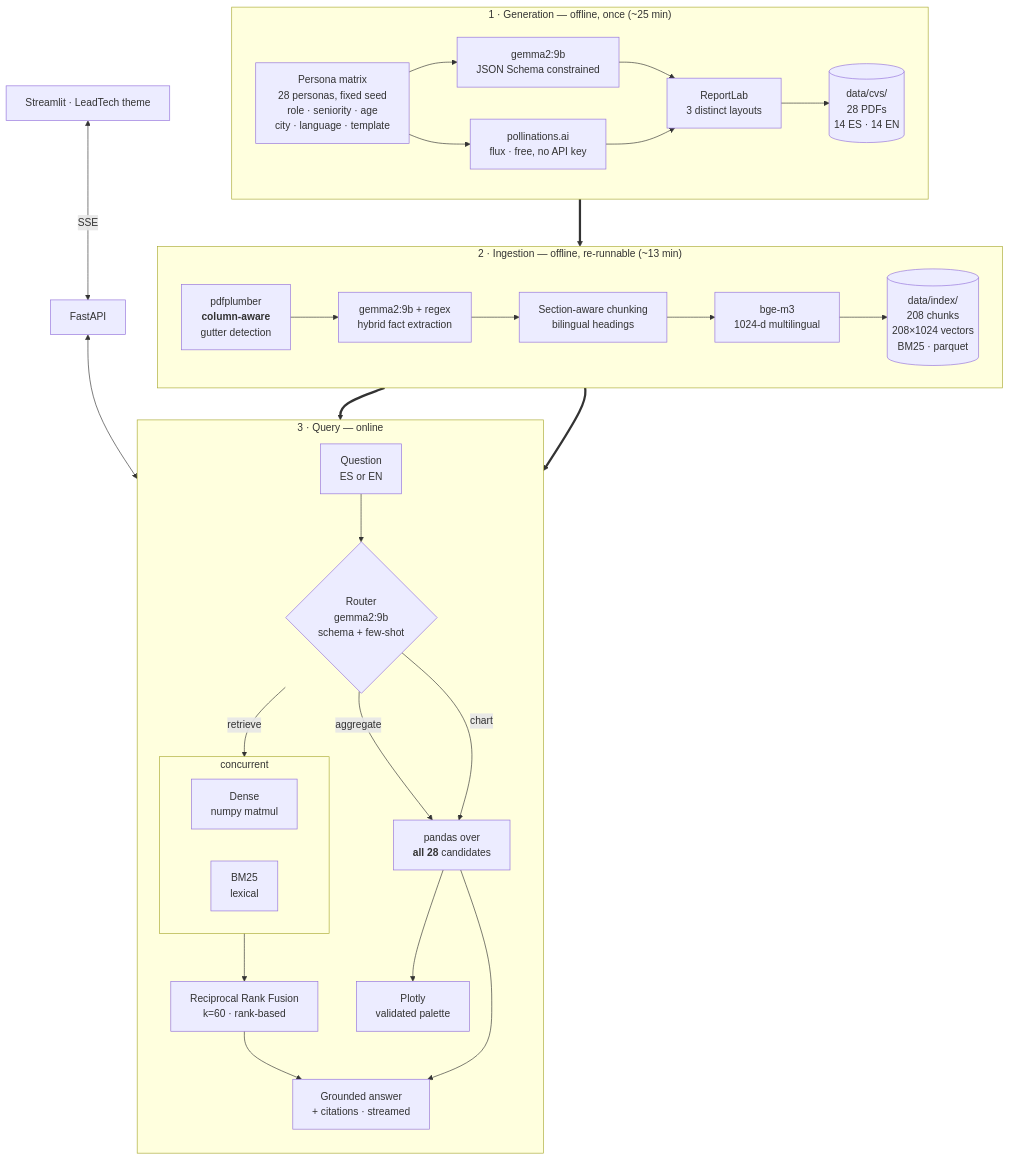
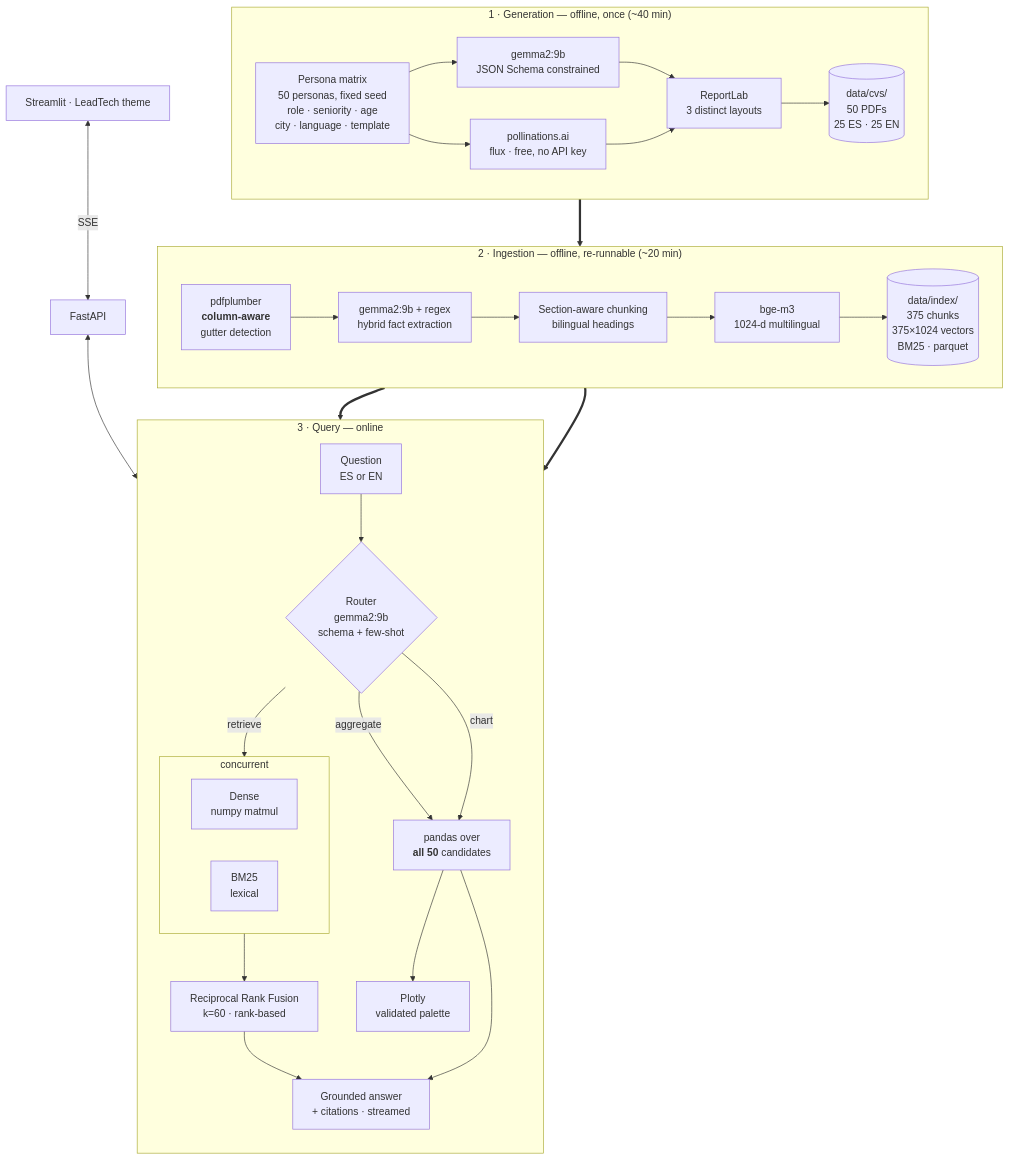
One commit to rafpacalv/AI-Full-Stack-CV-Chatbot-with-RAG changed the diagram in docs/architecture.md. Above: the diagram before and after it, drawn with Mermaid. The commit also changed other lines of this file and 120 other files, not shown here.

````diff
--- a/docs/architecture.md
+++ b/docs/architecture.md
@@ -5,51 +5,51 @@
 ```mermaid
 flowchart TB
-    subgraph GEN["1 · Generation — offline, once (~25 min)"]
+    subgraph GEN["1 · Generation — offline, once (~40 min)"]
         direction LR
-        PM["Persona matrix<br/>28 personas, fixed seed<br/>role · seniority · age<br/>city · language · template"]
+        PM["Persona matrix<br/>50 personas, fixed seed<br/>role · seniority · age<br/>city · language · template"]
         LLM1["gemma2:9b<br/>JSON Schema constrained"]
         POLL["pollinations.ai<br/>flux · free, no API key"]
         RL["ReportLab<br/>3 distinct layouts"]
-        PDF[("data/cvs/<br/>28 PDFs<br/>14 ES · 14 EN")]
+        PDF[("data/cvs/<br/>50 PDFs<br/>25 ES · 25 EN")]
         PM --> LLM1 --> RL
         PM --> POLL --> RL
         RL --> PDF
     end
 
-    subgraph ING["2 · Ingestion — offline, re-runnable (~13 min)"]
+    subgraph ING["2 · Ingestion — offline, re-runnable (~20 min)"]
         direction LR
         EX["pdfplumber<br/><b>column-aware</b><br/>gutter detection"]
         EN["gemma2:9b + regex<br/>hybrid fact extraction"]
         CH["Section-aware chunking<br/>bilingual headings"]
         EMB["bge-m3<br/>1024-d multilingual"]
-        IDX[("data/index/<br/>208 chunks<br/>208×1024 vectors<br/>BM25 · parquet")]
+        IDX[("data/index/<br/>375 chunks<br/>375×1024 vectors<br/>BM25 · parquet")]
         EX --> EN --> CH --> EMB --> IDX
     end
 
     subgraph QRY["3 · Query — online"]
         direction TB
         Q["Question<br/>ES or EN"]
         R{"Router<br/>gemma2:9b<br/>schema + few-shot"}
         subgraph PAR[" concurrent "]
             direction LR
             DENSE["Dense<br/>numpy matmul"]
             BM["BM25<br/>lexical"]
         end
         RRF["Reciprocal Rank Fusion<br/>k=60 · rank-based"]
-        AGG["pandas over<br/><b>all 28</b> candidates"]
+        AGG["pandas over<br/><b>all 50</b> candidates"]
         ANS["Grounded answer<br/>+ citations · streamed"]
         CHART["Plotly<br/>validated palette"]
 
         Q --> R
         R -->|retrieve| PAR --> RRF --> ANS
         R -->|aggregate| AGG --> ANS
         R -->|chart| AGG --> CHART
     end
 
     PDF ==> EX
     IDX ==> PAR
     IDX ==> AGG
 
     UI["Streamlit · LeadTech theme"] <-->|SSE| API["FastAPI"]
     API <--> QRY
 ```
````
